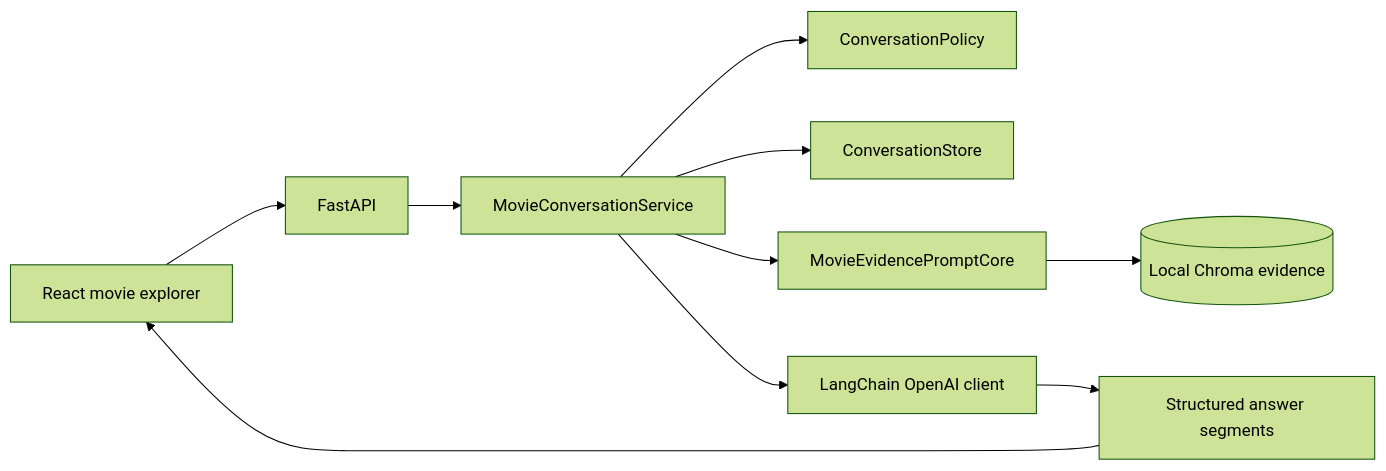
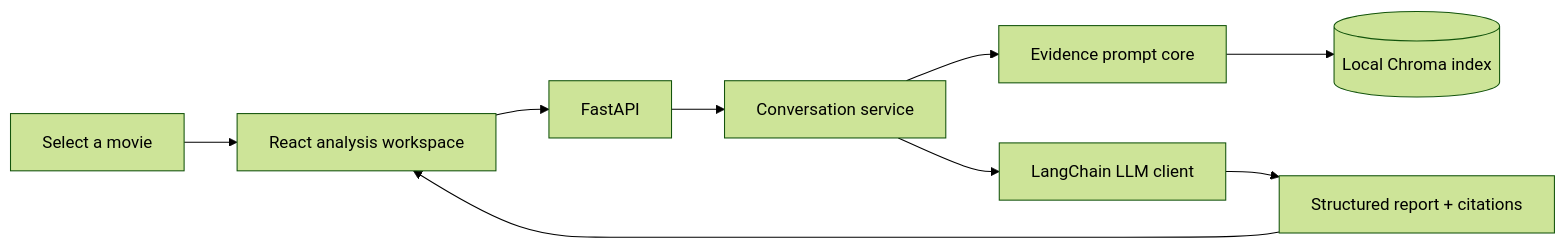
One commit to hoppee21/movie-review-divergence-agent changed the diagram in README.md. Above: the diagram before and after it, drawn with Mermaid (forest theme). The commit also changed other lines of this file, not shown here.

````diff
--- a/README.md
+++ b/README.md
@@ -41,12 +63,11 @@
 ```mermaid
 flowchart LR
-    UI["React movie explorer"] --> API["FastAPI"]
-    API --> SERVICE["MovieConversationService"]
-    SERVICE --> POLICY["ConversationPolicy"]
-    SERVICE --> STORE["ConversationStore"]
-    SERVICE --> CORE["MovieEvidencePromptCore"]
-    CORE --> CHROMA[("Local Chroma evidence")]
-    SERVICE --> LLM["LangChain OpenAI client"]
-    LLM --> SEGMENTS["Structured answer segments"]
-    SEGMENTS --> UI
+    USER["Select a movie"] --> UI["React analysis workspace"]
+    UI --> API["FastAPI"]
+    API --> CHAT["Conversation service"]
+    CHAT --> CORE["Evidence prompt core"]
+    CORE --> CHROMA[("Local Chroma index")]
+    CHAT --> LLM["LangChain LLM client"]
+    LLM --> REPORT["Structured report + citations"]
+    REPORT --> UI
 ```
````
